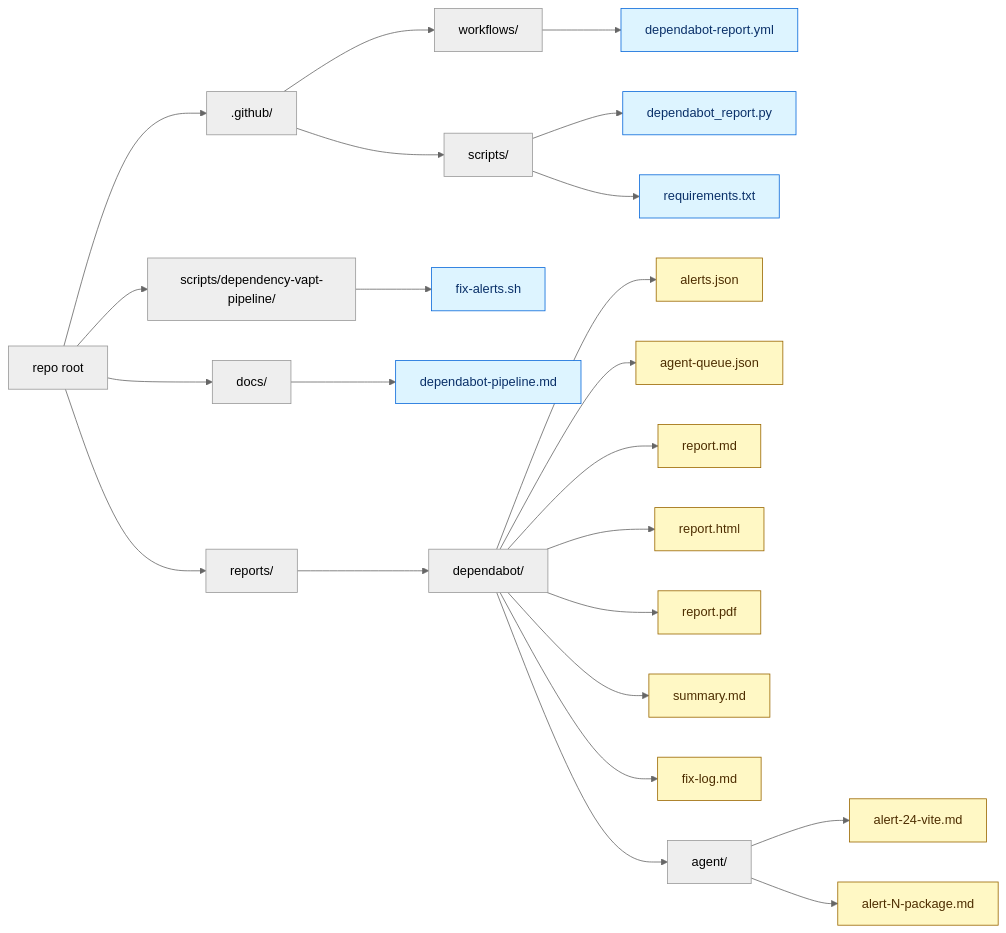
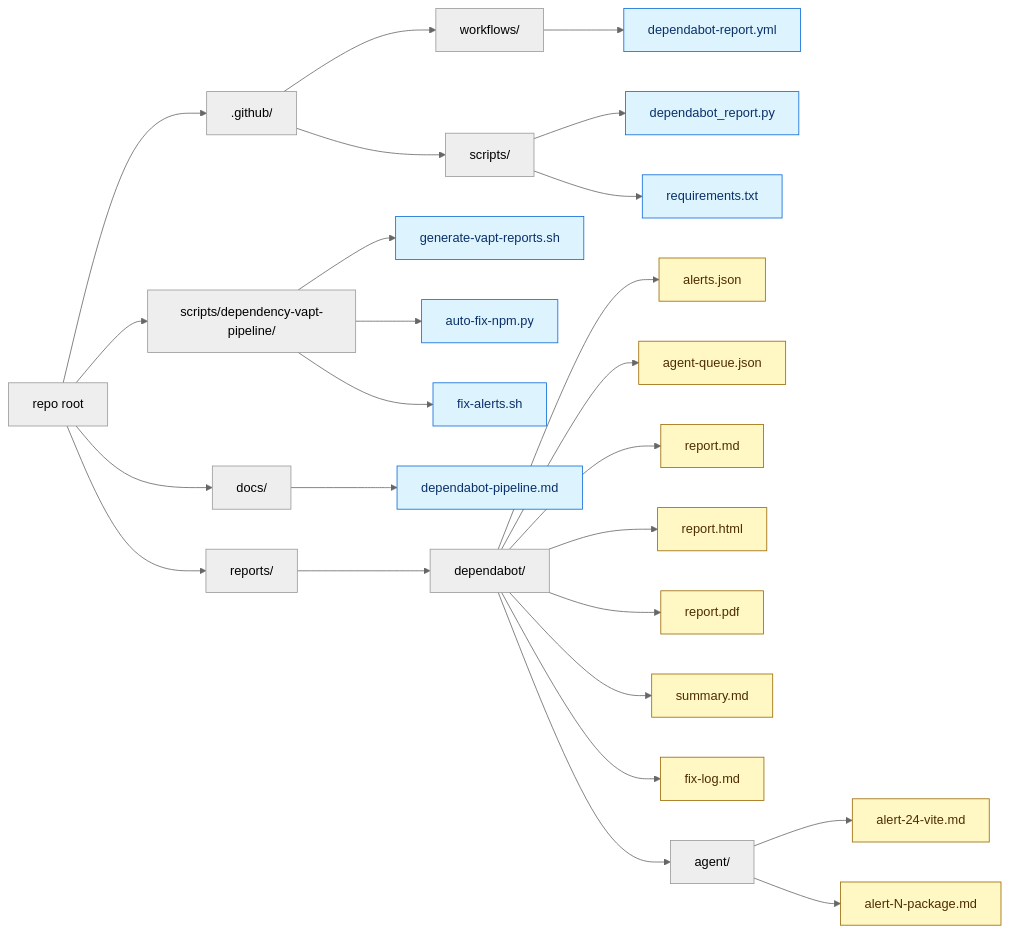
The second of 4 diagrams in docs/dependabot-pipeline-architechture.md (Mohitur669/speakit), drawn with Mermaid (neutral theme) before and after one commit. The commit also changed other lines of this file and 1 other file, not shown here.

Commit message:
docs: incorporate generate-reports and auto-fix-npm scripts into pipeline docs

````diff
--- a/docs/dependabot-pipeline-architechture.md
+++ b/docs/dependabot-pipeline-architechture.md
@@ -97,32 +97,34 @@
 ```mermaid
 flowchart LR
     ROOT["repo root"] --> DGH[".github/"]
     ROOT --> DSC["scripts/dependency-vapt-pipeline/"]
     ROOT --> DRP["reports/"]
     ROOT --> DDOC["docs/"]
 
     DGH --> DWF["workflows/"]
     DGH --> DSS["scripts/"]
     DWF --> F1["dependabot-report.yml"]
     DSS --> F2["dependabot_report.py"]
     DSS --> F3["requirements.txt"]
-    DSC --> F4["fix-alerts.sh"]
+    DSC --> F4A["generate-vapt-reports.sh"]
+    DSC --> F4B["auto-fix-npm.py"]
+    DSC --> F4C["fix-alerts.sh"]
     DDOC --> F5["dependabot-pipeline.md"]
 
     DRP --> DDB["dependabot/"]
     DDB --> G1["alerts.json"]
     DDB --> G2["agent-queue.json"]
     DDB --> G3["report.md"]
     DDB --> G4["report.html"]
     DDB --> G5["report.pdf"]
     DDB --> G6["summary.md"]
     DDB --> G7["fix-log.md"]
     DDB --> DAG["agent/"]
     DAG --> G8["alert-24-vite.md"]
     DAG --> G9["alert-N-package.md"]
 
     classDef committed fill:#ddf4ff,stroke:#0969da,color:#0a3069
     classDef generated fill:#fff8c5,stroke:#9a6700,color:#4d2d00
-    class F1,F2,F3,F4,F5 committed
+    class F1,F2,F3,F4A,F4B,F4C,F5 committed
     class G1,G2,G3,G4,G5,G6,G7,G8,G9 generated
 ```
````
